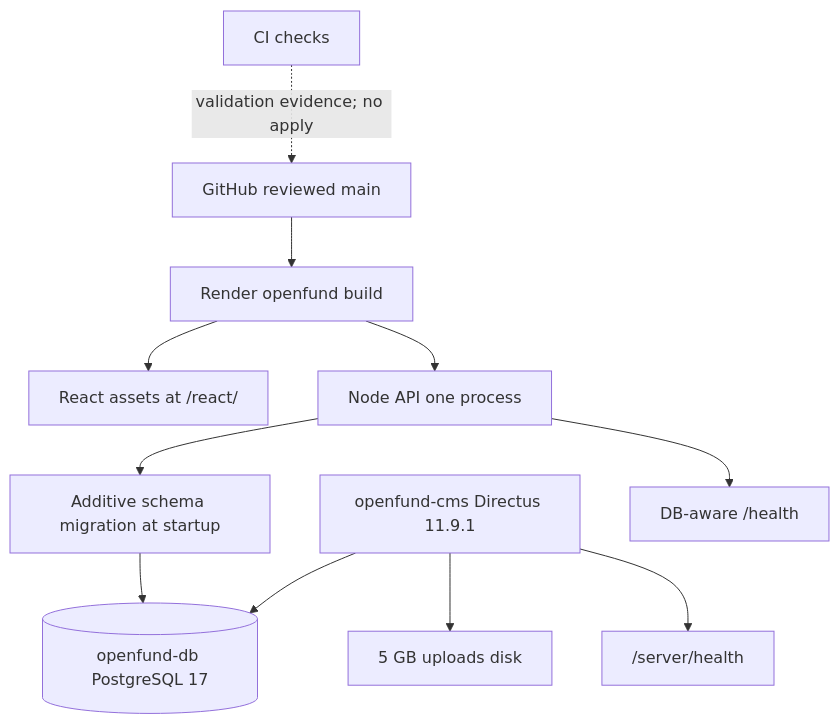
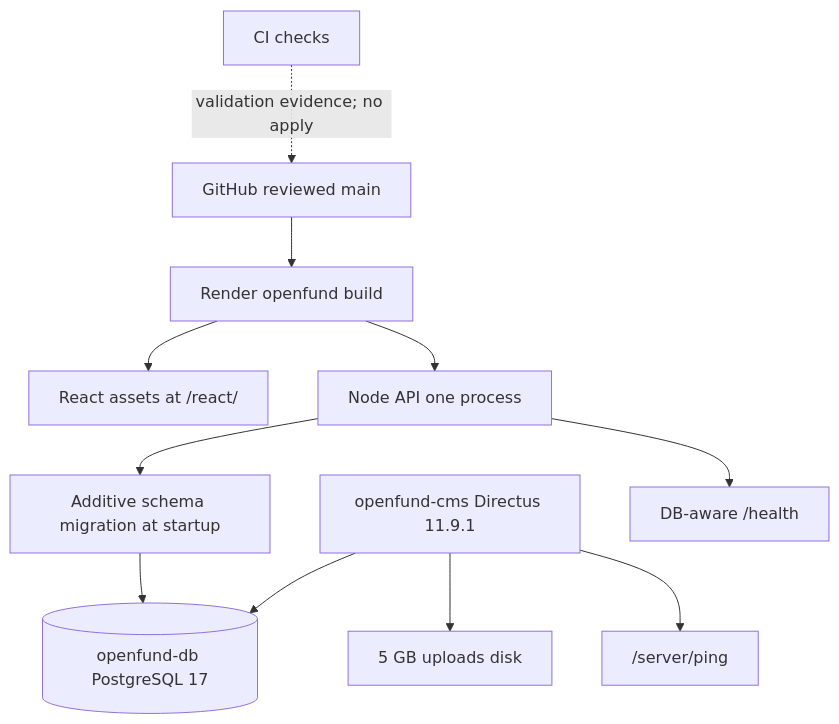
One commit to algomanlife/openfund changed the fourth of 4 diagrams in docs/architecture/FLOWS.md. Above: the diagram before and after it, drawn with Mermaid. The commit also changed 22 other files, not shown here.

````diff
--- a/docs/architecture/FLOWS.md
+++ b/docs/architecture/FLOWS.md
@@ -75,13 +75,13 @@
 ```mermaid
 flowchart TB
   Git[GitHub reviewed main] --> Build[Render openfund build]
   Build --> Web[React assets at /react/]
   Build --> API[Node API one process]
   API --> Migrate[Additive schema migration at startup]
   Migrate --> DB[(openfund-db PostgreSQL 17)]
   CMS[openfund-cms Directus 11.9.1] --> DB
   CMS --> Disk[5 GB uploads disk]
   API --> Health[DB-aware /health]
-  CMS --> CMSHealth["/server/health"]
+  CMS --> CMSHealth["/server/ping"]
   CI[CI checks] -.->|validation evidence; no apply| Git
 ```
````
